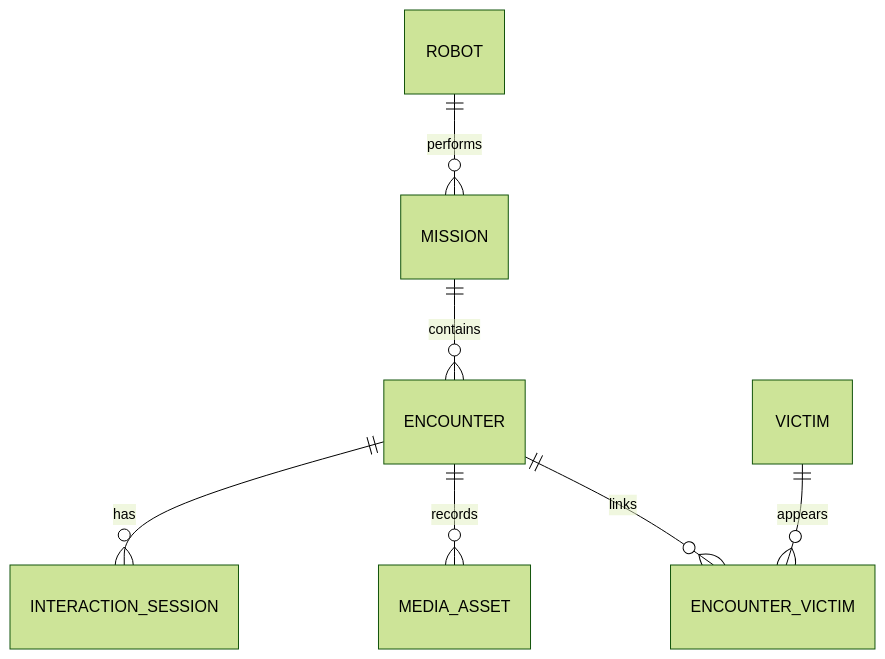
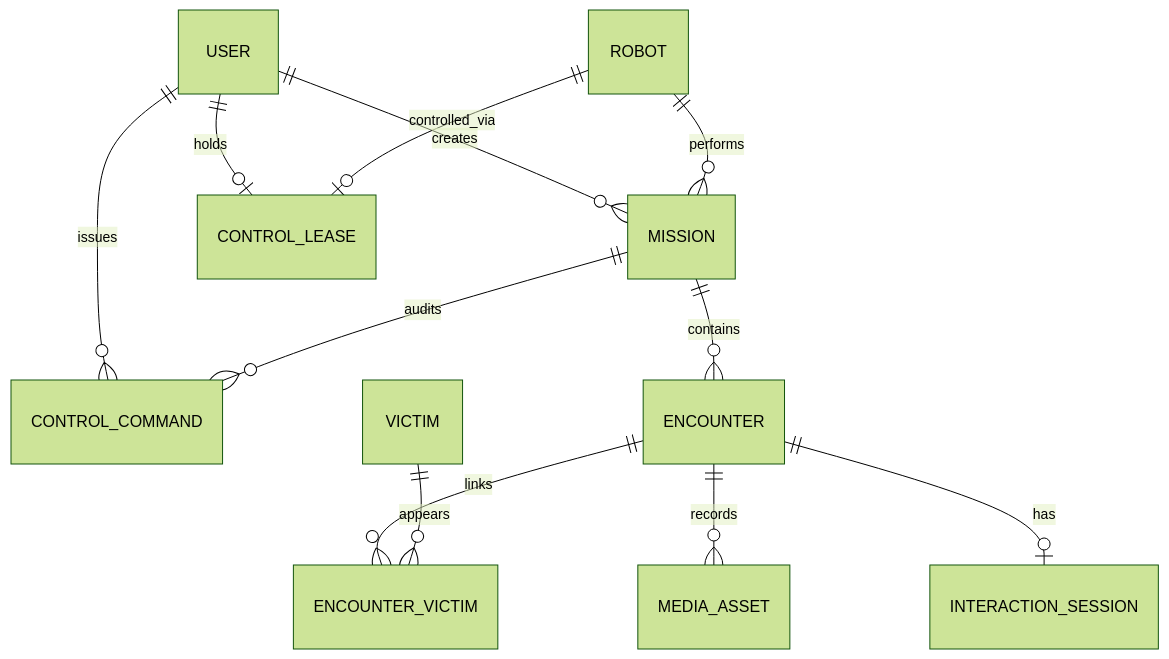
One commit to Common-AIOT/Sentinel-UGV changed the eighth of 17 diagrams in docs/Sentinel_UGV_최종_통합_명세서_v1.0-rc3.md. Above: the diagram before and after it, drawn with Mermaid (forest theme). The commit also changed other lines of this file, not shown here.

````diff
--- a/docs/Sentinel_UGV_최종_통합_명세서_v1.0-rc3.md
+++ b/docs/Sentinel_UGV_최종_통합_명세서_v1.0-rc3.md
@@ -1842,9 +1849,14 @@
 ```mermaid
 erDiagram
+    USER ||--o{ MISSION : creates
+    USER ||--o{ CONTROL_COMMAND : issues
+    USER ||--o| CONTROL_LEASE : holds
     ROBOT ||--o{ MISSION : performs
+    ROBOT ||--o| CONTROL_LEASE : controlled_via
+    MISSION ||--o{ CONTROL_COMMAND : audits
     MISSION ||--o{ ENCOUNTER : contains
     ENCOUNTER ||--o{ ENCOUNTER_VICTIM : links
     VICTIM ||--o{ ENCOUNTER_VICTIM : appears
     ENCOUNTER ||--o{ MEDIA_ASSET : records
-    ENCOUNTER ||--o{ INTERACTION_SESSION : has
+    ENCOUNTER ||--o| INTERACTION_SESSION : has
 ```
````
